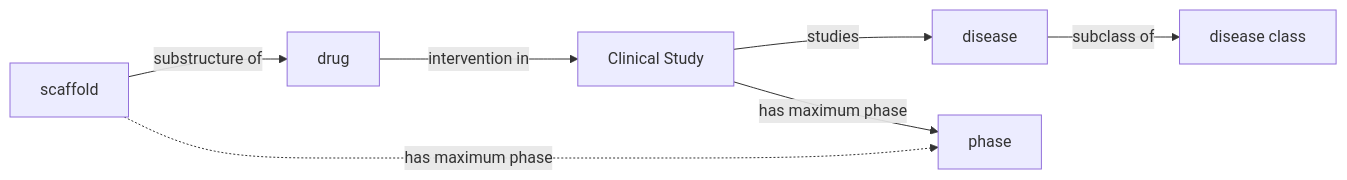
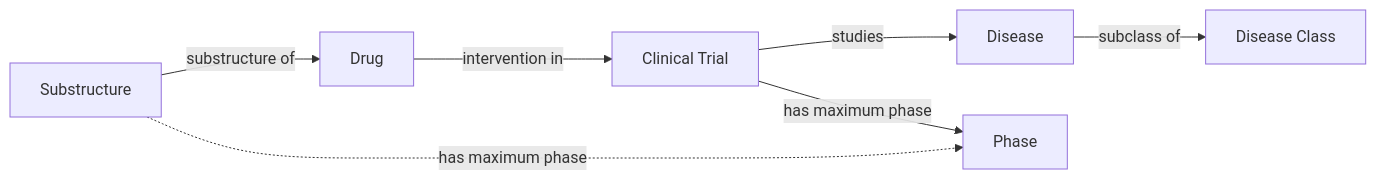
Before and after one commit to cthoyt/cthoyt.github.io: the fourth of 7 diagrams in _posts/2025-01-23-clinical-trials-model.md, drawn with Mermaid. The commit also changed other lines of this file, not shown here.

````diff
--- a/_posts/2025-01-23-clinical-trials-model.md
+++ b/_posts/2025-01-23-clinical-trials-model.md
@@ -507,6 +539,6 @@
 ```mermaid
    graph LR
-     scaffold -- substructure of --> drug -- intervention in --> trial[Clinical Study] -- studies --> disease -- subclass of --> diseaseclass[disease class]
-     trial -- has maximum phase --> phase
-     scaffold -. has maximum phase .-> phase
+     substructure[Substructure] -- substructure of --> drug[Drug] -- intervention in --> trial[Clinical Trial] -- studies --> disease[Disease] -- subclass of --> diseaseclass[Disease Class]
+     trial -- has maximum phase --> phase[Phase]
+     substructure -. has maximum phase .-> phase
 ```
````
